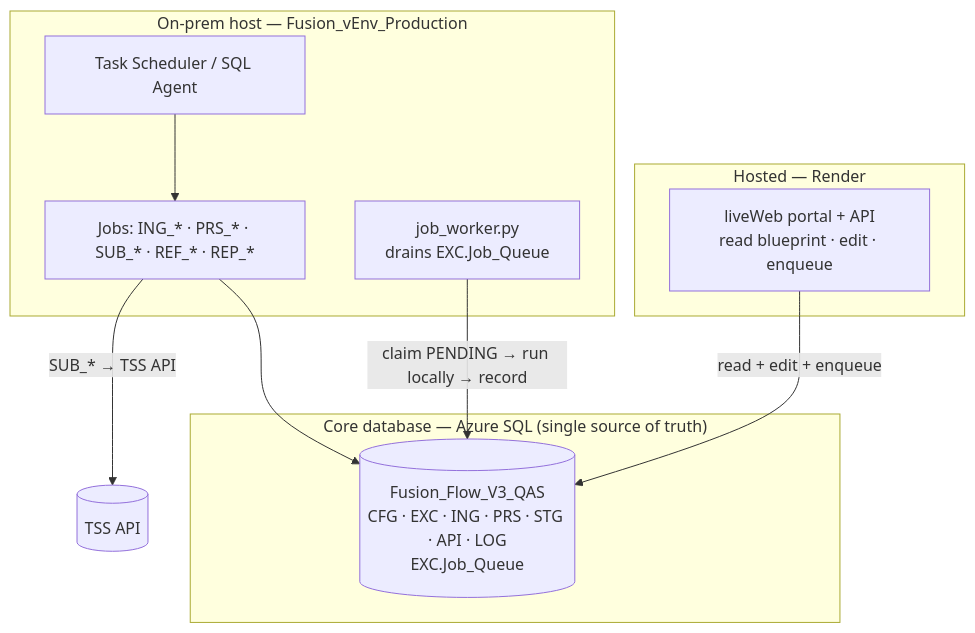
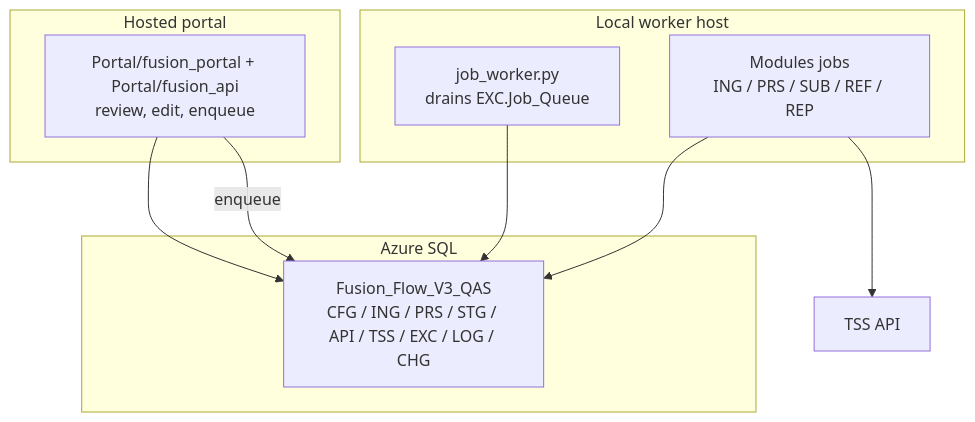
The diagram in ARCHITECTURE.md (Synovia-Flow/Fusion_Flow_V3_QAS), drawn with Mermaid before and after one commit. The commit also changed other lines of this file and 7 other files, not shown here.

Commit message:
docs: simplify V3 architecture and module direction

````diff
--- a/ARCHITECTURE.md
+++ b/ARCHITECTURE.md
@@ -15,19 +10,21 @@
 ```mermaid
 flowchart TB
-    subgraph CLOUD["Hosted — Render"]
-      PORTAL["liveWeb portal + API<br/>read blueprint · edit · enqueue"]
-    end
-    subgraph CORE["Core database — Azure SQL (single source of truth)"]
-      DB[("Fusion_Flow_V3_QAS<br/>CFG · EXC · ING · PRS · STG · API · LOG<br/>EXC.Job_Queue")]
-    end
-    subgraph LOCAL["On-prem host — Fusion_vEnv_Production"]
-      SCHED["Task Scheduler / SQL Agent"]
-      JOBS["Jobs: ING_* · PRS_* · SUB_* · REF_* · REP_*"]
-      WORKER["job_worker.py<br/>drains EXC.Job_Queue"]
+    subgraph Hosted["Hosted portal"]
+      Portal["Portal/fusion_portal + Portal/fusion_api<br/>review, edit, enqueue"]
     end
 
-    PORTAL -->|read + edit + enqueue| DB
-    SCHED --> JOBS --> DB
-    WORKER -->|claim PENDING → run locally → record| DB
-    JOBS -->|SUB_* → TSS API| TSS[(TSS API)]
+    subgraph DB["Azure SQL"]
+      Core["Fusion_Flow_V3_QAS<br/>CFG / ING / PRS / STG / API / TSS / EXC / LOG / CHG"]
+    end
+
+    subgraph Local["Local worker host"]
+      Jobs["Modules jobs<br/>ING / PRS / SUB / REF / REP"]
+      Worker["job_worker.py<br/>drains EXC.Job_Queue"]
+    end
+
+    Portal --> Core
+    Portal -->|enqueue| Core
+    Worker --> Core
+    Jobs --> Core
+    Jobs --> TSS["TSS API"]
 ```
````
